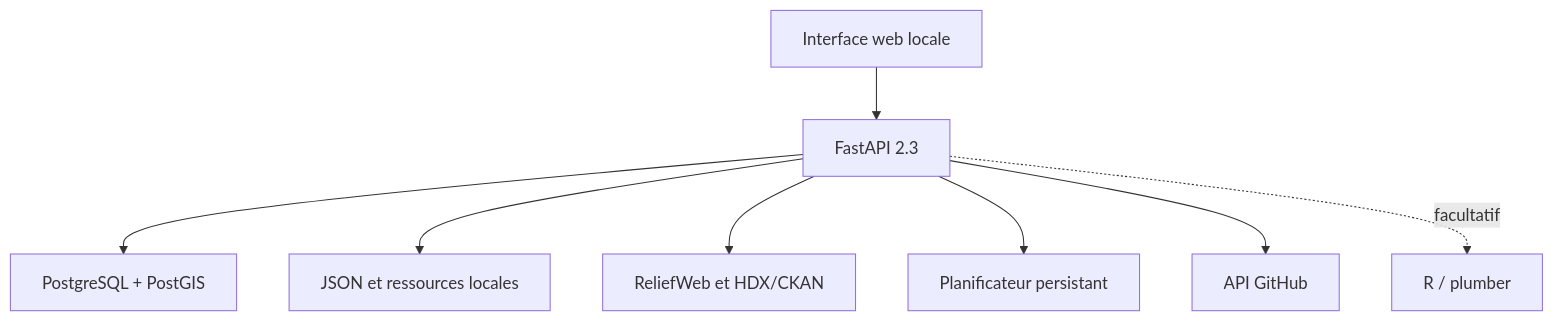
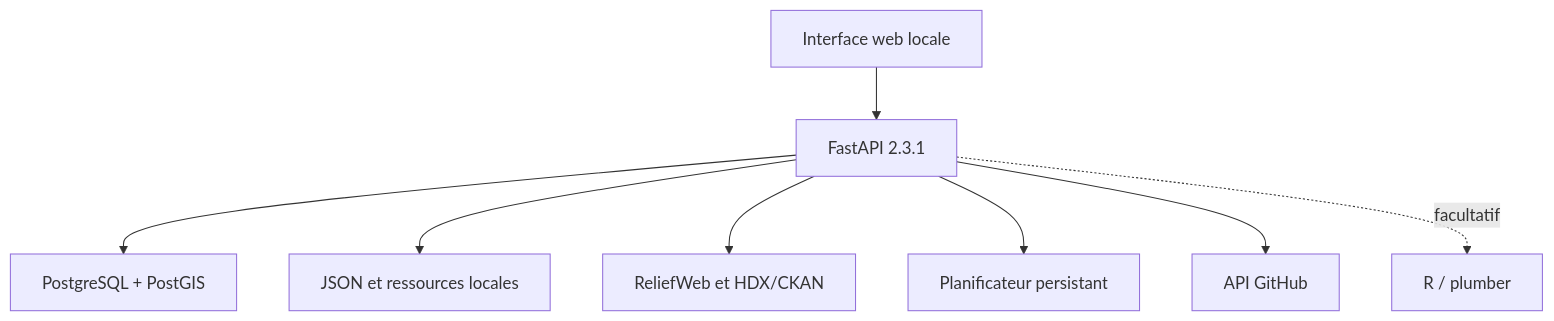
Before and after one commit to B-DAUTRIF/humanitarian-data-platform: the diagram in docs/ARCHITECTURE.md, drawn with Mermaid. The commit also changed other lines of this file and 43 other files, not shown here.

````diff
--- a/docs/ARCHITECTURE.md
+++ b/docs/ARCHITECTURE.md
@@ -5,10 +5,10 @@
 ```mermaid
 flowchart TD
-    U["Interface web locale"] --> A["FastAPI 2.3"]
+    U["Interface web locale"] --> A["FastAPI 2.3.1"]
     A --> P["PostgreSQL + PostGIS"]
     A --> F["JSON et ressources locales"]
     A --> X["ReliefWeb et HDX/CKAN"]
     A --> S["Planificateur persistant"]
     A --> G["API GitHub"]
     A -. facultatif .-> R["R / plumber"]
 ```
````
